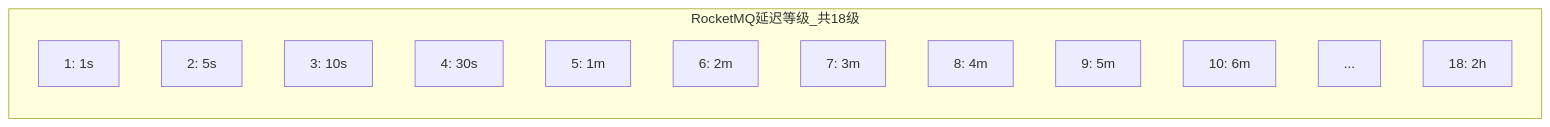
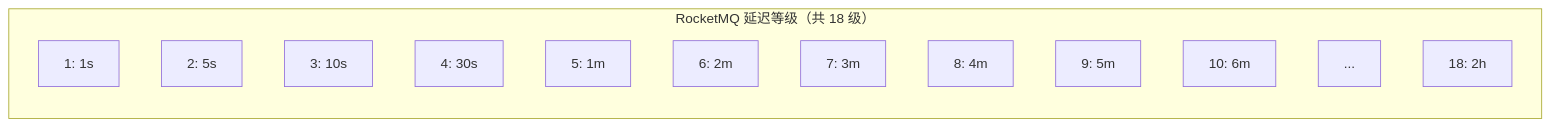
Diagram 16 of 18 in 17-场景题/02-缓存与消息队列场景.md (raoooooooo/java_knowledge), drawn with Mermaid before and after one commit. The commit also changed other lines of this file and 3 other files, not shown here.

First line of the commit message:
docs(architecture): ASCII图表转mermaid——场景题四章

````diff
--- a/17-场景题/02-缓存与消息队列场景.md
+++ b/17-场景题/02-缓存与消息队列场景.md
@@ -720,17 +720,17 @@
 ```mermaid
 graph LR
-    subgraph RocketMQ延迟等级_共18级
+    subgraph delay_levels["RocketMQ 延迟等级（共 18 级）"]
         L1["1: 1s"]
         L2["2: 5s"]
         L3["3: 10s"]
         L4["4: 30s"]
         L5["5: 1m"]
         L6["6: 2m"]
         L7["7: 3m"]
         L8["8: 4m"]
         L9["9: 5m"]
         L10["10: 6m"]
         LDots["..."]
         L18["18: 2h"]
     end
 ```
````
